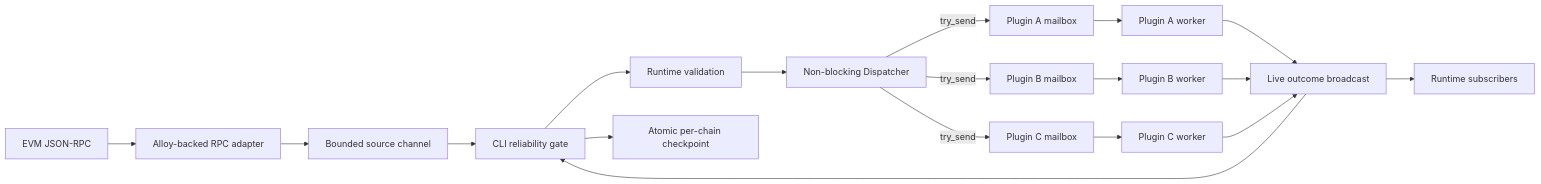
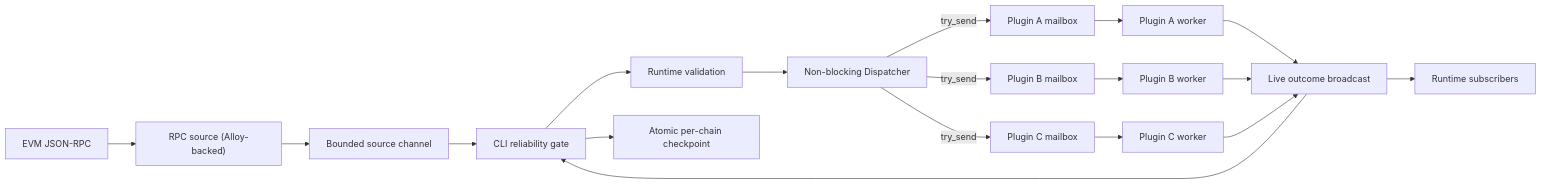
The fifth of 8 diagrams in docs/concepts/architecture.mdx (abhi3700/raven), drawn with Mermaid before and after one commit. The commit also changed other lines of this file and 27 other files, not shown here.

Commit message:
source-alloy renamed to source-rpc

````diff
--- a/docs/concepts/architecture.mdx
+++ b/docs/concepts/architecture.mdx
@@ -206,24 +206,24 @@
 ```mermaid
 flowchart LR
-    chain["EVM JSON-RPC"] --> source["Alloy-backed RPC adapter"]
+    chain["EVM JSON-RPC"] --> source["RPC source (Alloy-backed)"]
     source --> sourceQueue["Bounded source channel"]
     sourceQueue --> gate["CLI reliability gate"]
     gate --> runtime["Runtime validation"]
     runtime --> dispatcher["Non-blocking Dispatcher"]
 
     dispatcher -->|"try_send"| mailboxA["Plugin A mailbox"]
     dispatcher -->|"try_send"| mailboxB["Plugin B mailbox"]
     dispatcher -->|"try_send"| mailboxC["Plugin C mailbox"]
 
     mailboxA --> workerA["Plugin A worker"]
     mailboxB --> workerB["Plugin B worker"]
     mailboxC --> workerC["Plugin C worker"]
 
     workerA --> outcomeBus["Live outcome broadcast"]
     workerB --> outcomeBus
     workerC --> outcomeBus
 
     outcomeBus --> gate
     gate --> checkpoint["Atomic per-chain checkpoint"]
     outcomeBus --> observer["Runtime subscribers"]
 ```
````
